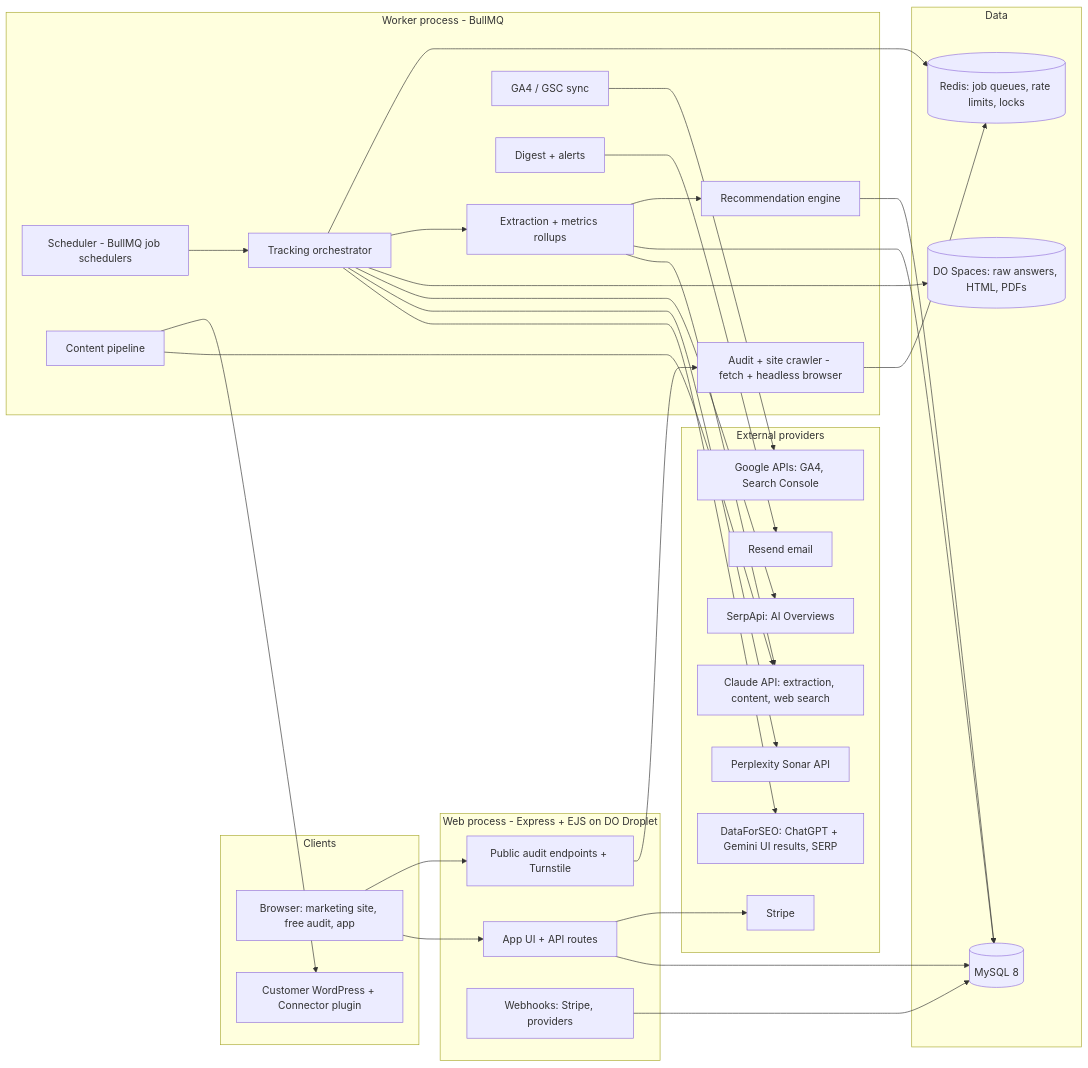
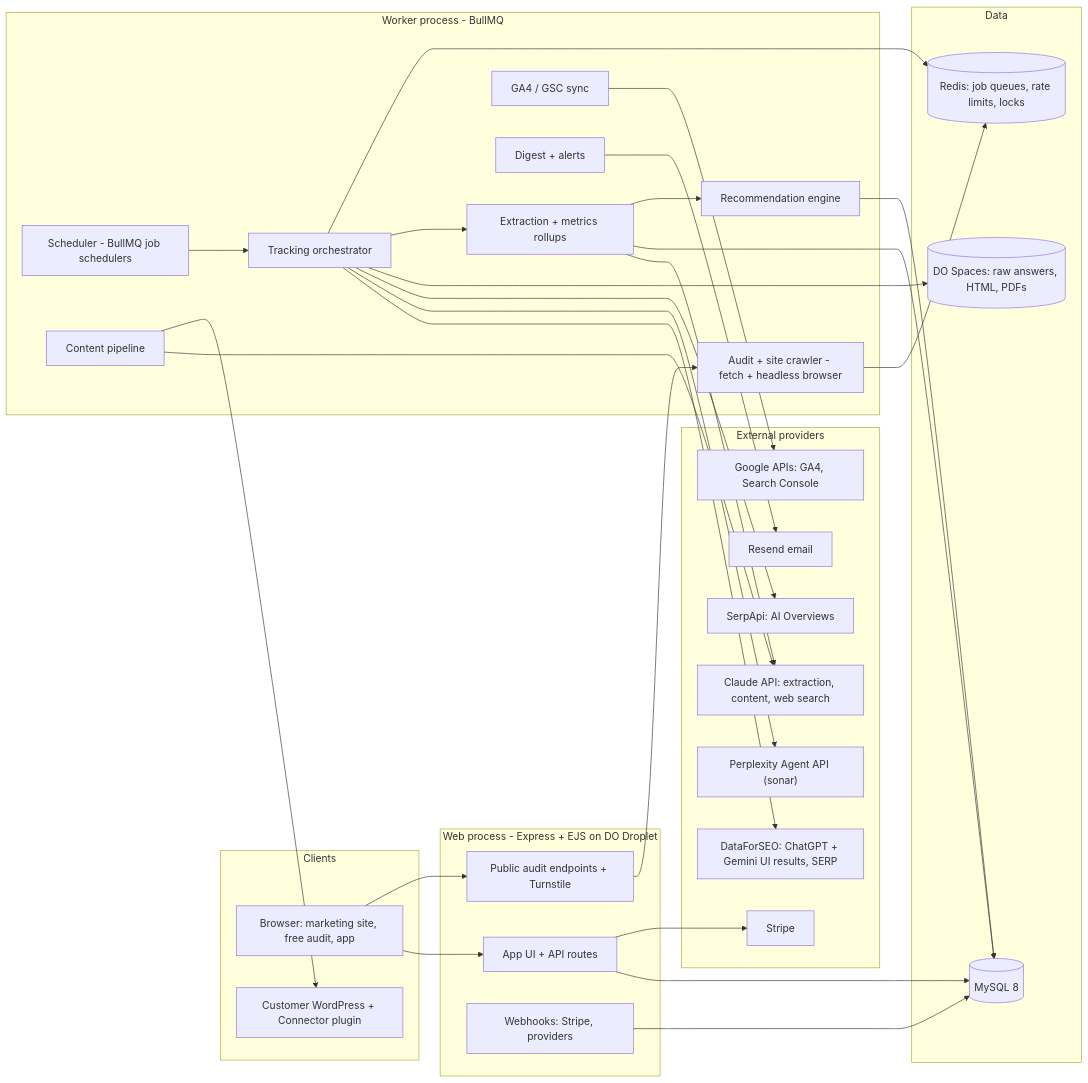
One commit to mdrajib/aeocorner changed the first of 3 diagrams in docs/MVP.md. Above: the diagram before and after it, drawn with Mermaid. The commit also changed other lines of this file and 52 other files, not shown here.

````diff
--- a/docs/MVP.md
+++ b/docs/MVP.md
@@ -589,63 +589,63 @@
 ```mermaid
 flowchart LR
   subgraph Clients
     U["Browser: marketing site, free audit, app"]
     WP["Customer WordPress + Connector plugin"]
   end
 
   subgraph Web["Web process - Express + EJS on DO Droplet"]
     APP["App UI + API routes"]
     PUB["Public audit endpoints + Turnstile"]
     WH["Webhooks: Stripe, providers"]
   end
 
   subgraph Workers["Worker process - BullMQ"]
     SCH["Scheduler - BullMQ job schedulers"]
     AUD["Audit + site crawler - fetch + headless browser"]
     TRK["Tracking orchestrator"]
     EXT["Extraction + metrics rollups"]
     REC["Recommendation engine"]
     CNT["Content pipeline"]
     SYN["GA4 / GSC sync"]
     DIG["Digest + alerts"]
   end
 
   subgraph Data
     PG[("MySQL 8")]
     OBJ[("DO Spaces: raw answers, HTML, PDFs")]
     RDS[("Redis: job queues, rate limits, locks")]
   end
 
   subgraph External["External providers"]
     DFS["DataForSEO: ChatGPT + Gemini UI results, SERP"]
-    PPX["Perplexity Sonar API"]
+    PPX["Perplexity Agent API (sonar)"]
     SRP["SerpApi: AI Overviews"]
     CLA["Claude API: extraction, content, web search"]
     GGL["Google APIs: GA4, Search Console"]
     STR["Stripe"]
     EML["Resend email"]
   end
 
   U --> APP
   U --> PUB
   APP --> PG
   PUB --> AUD
   SCH --> TRK
   TRK --> DFS
   TRK --> PPX
   TRK --> SRP
   TRK --> OBJ
   TRK --> EXT
   EXT --> CLA
   EXT --> PG
   EXT --> REC
   REC --> PG
   CNT --> CLA
   CNT --> WP
   SYN --> GGL
   DIG --> EML
   APP --> STR
   WH --> PG
   AUD --> RDS
   TRK --> RDS
 ```
````
